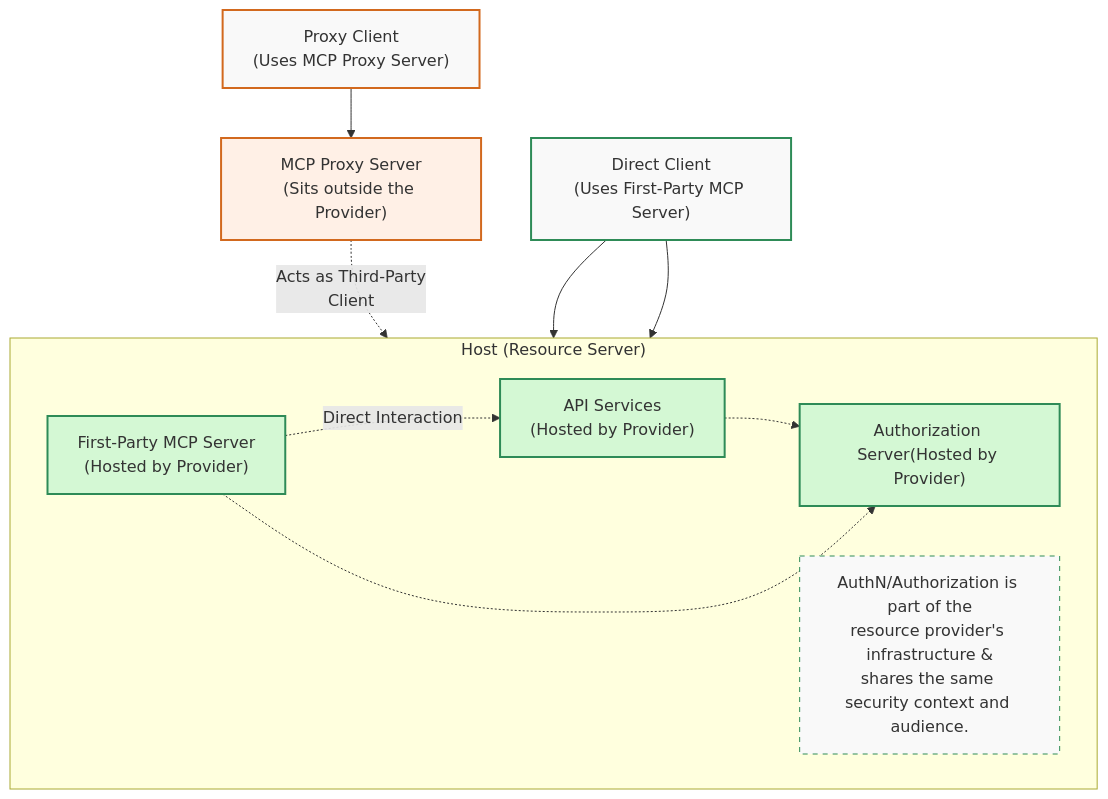
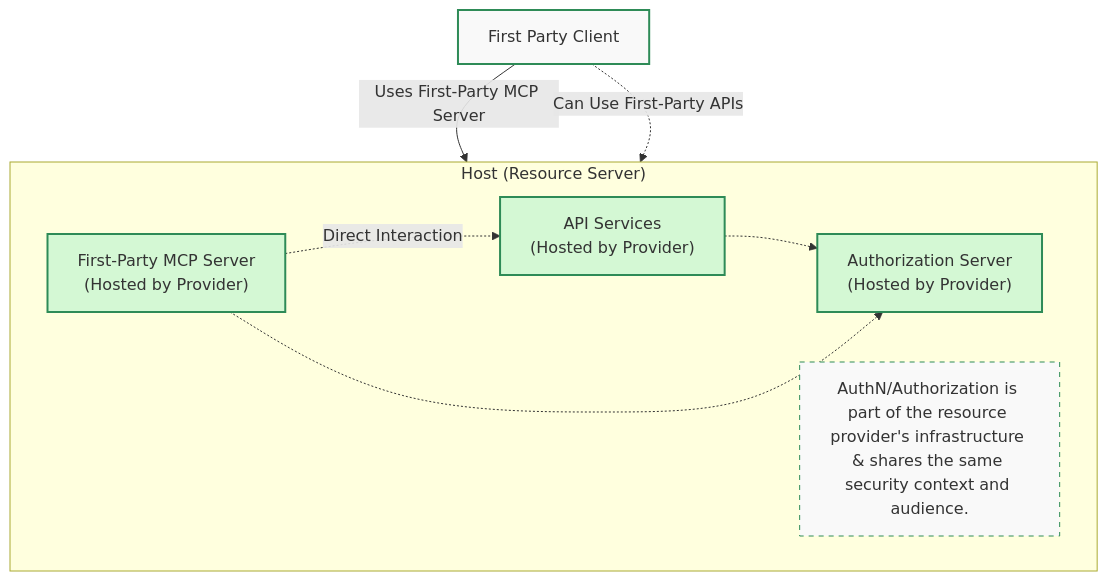
One commit to modelcontextprotocol/specification changed the first of 4 diagrams in docs/specification/draft/basic/security_best_practices.mdx. Above: the diagram before and after it, drawn with Mermaid. The commit also changed other lines of this file, not shown here.

First line of the commit message:
Update and diagrams in security best practices document for clarity and consistencyz Addresses @localden comment: https://github.com/modelcontextprotocol/modelcontextprotocol/pull/613/files#r2124946228

````diff
--- a/docs/specification/draft/basic/security_best_practices.mdx
+++ b/docs/specification/draft/basic/security_best_practices.mdx
@@ -42,42 +46,31 @@
 ```mermaid
 graph TD
     %% Actors
-    ProxyUser["Proxy Client<br>(Uses MCP Proxy Server)"]
-    DirectUser["Direct Client<br>(Uses First-Party MCP Server)"]
-
-    %% External MCP Components
-    MCPProxyServer["MCP Proxy Server<br>(Sits outside the Provider)"]
+    DirectUser["First Party Client"]
 
     %% Provider / Host Components (Grouped in Subgraph)
     subgraph HostResourceServer ["Host (Resource Server)"]
-        direction LR
+    direction LR
         ProviderMCPServer["First-Party MCP Server<br>(Hosted by Provider)"]
+        AuthorizationServer["Authorization Server<br>(Hosted by Provider)"]
         ProviderAPIServices["API Services<br>(Hosted by Provider)"]
-        AuthorizationServer["Authorization Server(Hosted by Provider)"]
-        Note1["AuthN/Authorization is part of the<br>resource provider's infrastructure &<br>shares the same security context and audience."]
+        Note1["AuthN/Authorization is part of the resource provider's infrastructure & shares the same security context and audience."]
         style Note1 fill:#f9f9f9,stroke:#2E8B57,stroke-dasharray: 5 5,textColor:#333
 
         %% Connections within the subgraph
         ProviderMCPServer -.->|Direct Interaction| ProviderAPIServices
         ProviderAPIServices -.-> AuthorizationServer
         ProviderMCPServer -.-> AuthorizationServer
     end
 
     %% Connections from Users to Components
-    ProxyUser --> MCPProxyServer
-    MCPProxyServer -.->|Acts as Third-Party<br>Client| ProviderAPIServices
-
-    DirectUser --> ProviderMCPServer
-    DirectUser --> ProviderAPIServices
+    DirectUser -->|Uses First-Party MCP Server| ProviderMCPServer
+    DirectUser -.->|Can Use First-Party APIs| ProviderAPIServices
 
     %% Styling (optional, but can improve readability)
-    classDef proxyActor fill:#f9f9f9,stroke:#d2691e,stroke-width:2px
     classDef directActor fill:#f9f9f9,stroke:#2E8B57,stroke-width:2px
-    classDef mcpproxy fill:#fff0e6,stroke:#d2691e,stroke-width:2px
     classDef hostcomponent fill:#d4f8d4,stroke:#2E8B57,stroke-width:2px
 
-    class ProxyUser proxyActor;
     class DirectUser directActor;
-    class MCPProxyServer mcpproxy;
     class ProviderMCPServer,ProviderAPIServices,AuthorizationServer hostcomponent;
 ```
````
